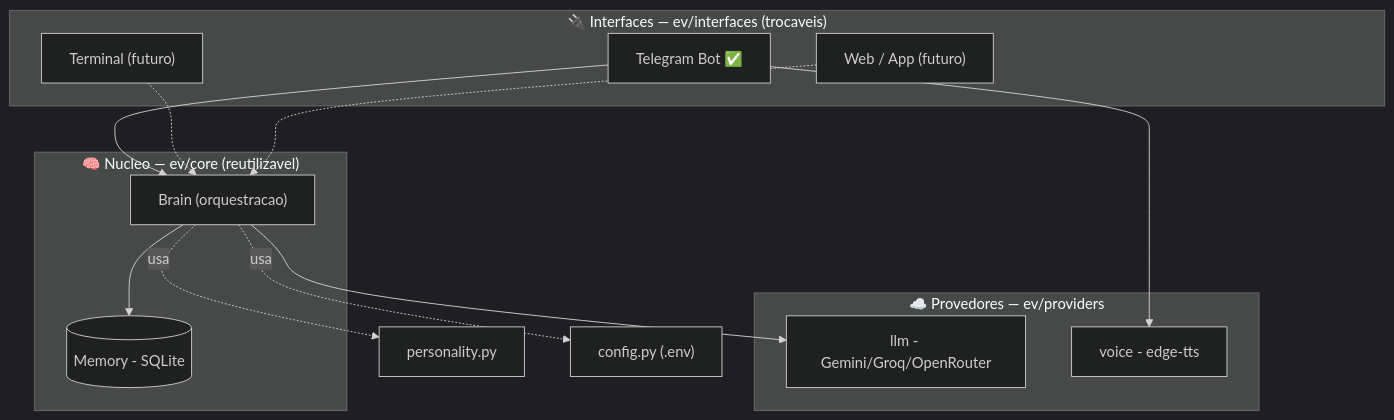
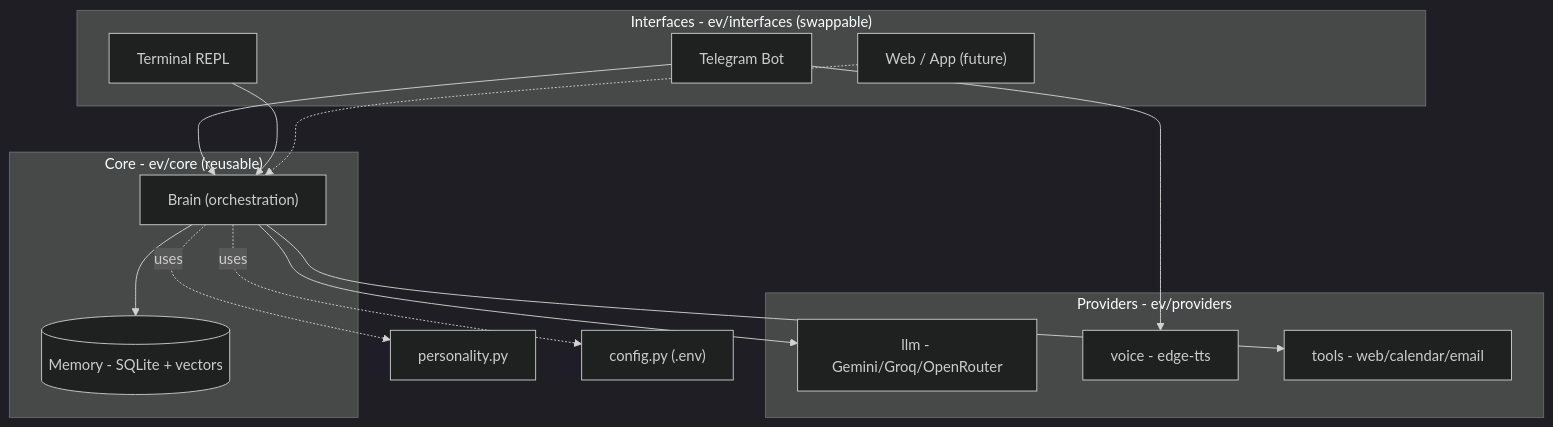
The first of 2 diagrams in README.md (Ryanditko/E.V), drawn with Mermaid (dark theme) before and after one commit. The commit also changed other lines of this file and 13 other files, not shown here.

First line of the commit message:
Add reminders scheduler, web/calendar/email tools, terminal REPL, vector memory

````diff
--- a/README.md
+++ b/README.md
@@ -29,27 +37,29 @@
 ```mermaid
 flowchart TB
-    subgraph I["🔌 Interfaces — ev/interfaces (trocaveis)"]
-        TG["Telegram Bot ✅"]
-        TERM["Terminal (futuro)"]
-        WEB["Web / App (futuro)"]
+    subgraph I["Interfaces - ev/interfaces (swappable)"]
+        TG["Telegram Bot"]
+        TERM["Terminal REPL"]
+        WEB["Web / App (future)"]
     end
-    subgraph C["🧠 Nucleo — ev/core (reutilizavel)"]
-        BRAIN["Brain (orquestracao)"]
-        MEM[("Memory - SQLite")]
+    subgraph C["Core - ev/core (reusable)"]
+        BRAIN["Brain (orchestration)"]
+        MEM[("Memory - SQLite + vectors")]
     end
-    subgraph P["☁️ Provedores — ev/providers"]
+    subgraph P["Providers - ev/providers"]
         LLM["llm - Gemini/Groq/OpenRouter"]
         VOICE["voice - edge-tts"]
+        TOOLS["tools - web/calendar/email"]
     end
     PERS["personality.py"]
     CFG["config.py (.env)"]
 
     TG --> BRAIN
-    TERM -.-> BRAIN
+    TERM --> BRAIN
     WEB -.-> BRAIN
     BRAIN --> MEM
     BRAIN --> LLM
+    BRAIN --> TOOLS
     TG --> VOICE
-    BRAIN -. usa .-> PERS
-    BRAIN -. usa .-> CFG
+    BRAIN -. uses .-> PERS
+    BRAIN -. uses .-> CFG
 ```
````
